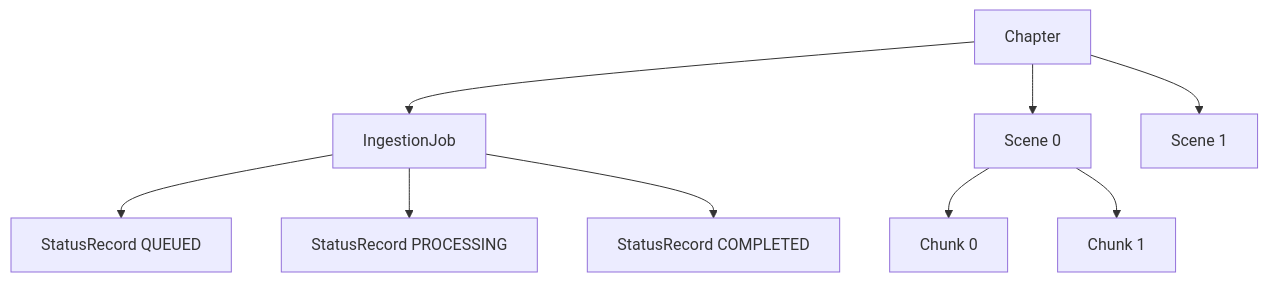
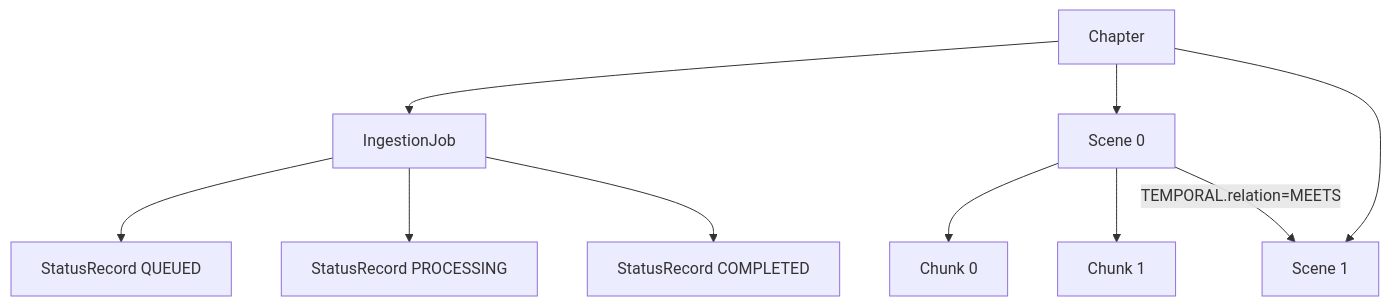
The diagram in docs/architecture/03-information-viewpoint.md (chaixdev/lorevault-kb), drawn with Mermaid before and after one commit. The commit also changed other lines of this file and 22 other files, not shown here.

Commit message:
LV-085-1R: Canonical relations + edge status. Migrate writes to [:TEMPORAL] with relation/status/confidence/certainty; add RelationNormalizer; update repos and tests; docs + release notes.

````diff
--- a/docs/architecture/03-information-viewpoint.md
+++ b/docs/architecture/03-information-viewpoint.md
@@ -32,11 +38,12 @@
 ```mermaid
 flowchart TD
     CH[Chapter] --> J[IngestionJob]
     J --> SR1[StatusRecord QUEUED]
     J --> SR2[StatusRecord PROCESSING]
     J --> SR3[StatusRecord COMPLETED]
     CH --> S1[Scene 0]
     CH --> S2[Scene 1]
     S1 --> C1[Chunk 0]
     S1 --> C2[Chunk 1]
+    S1 -->|TEMPORAL.relation=MEETS| S2[Scene 1]
 ```
````
